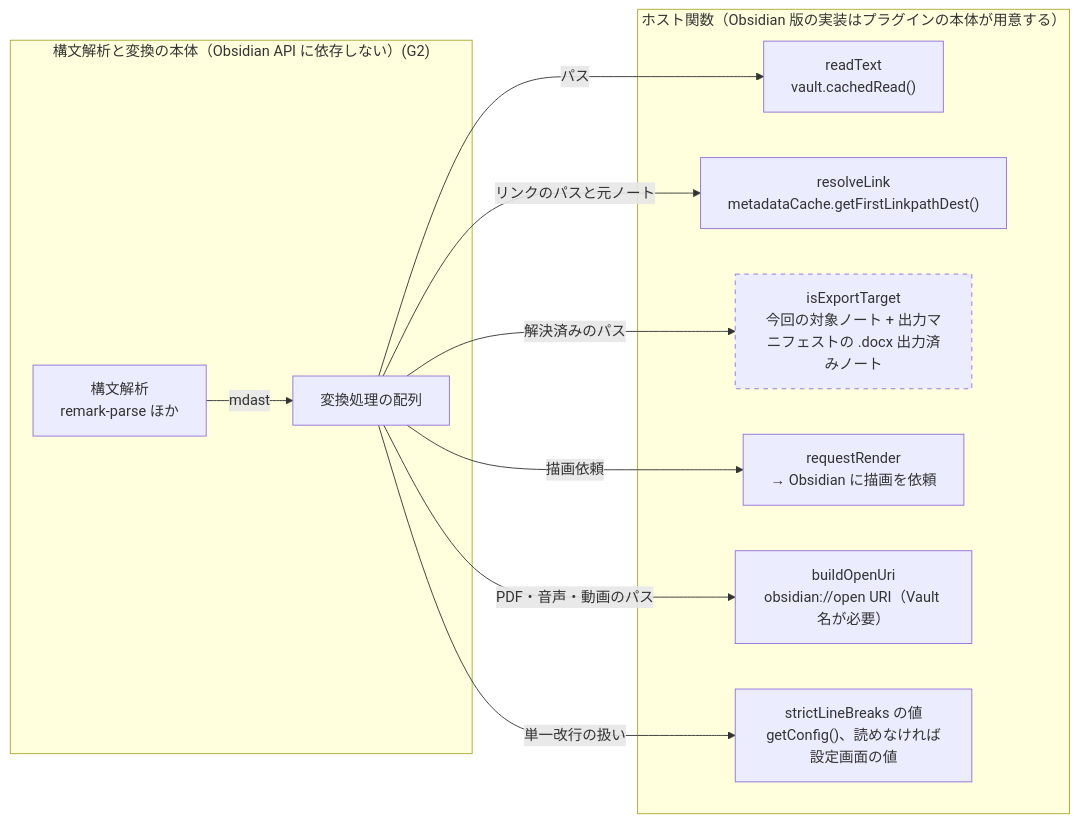
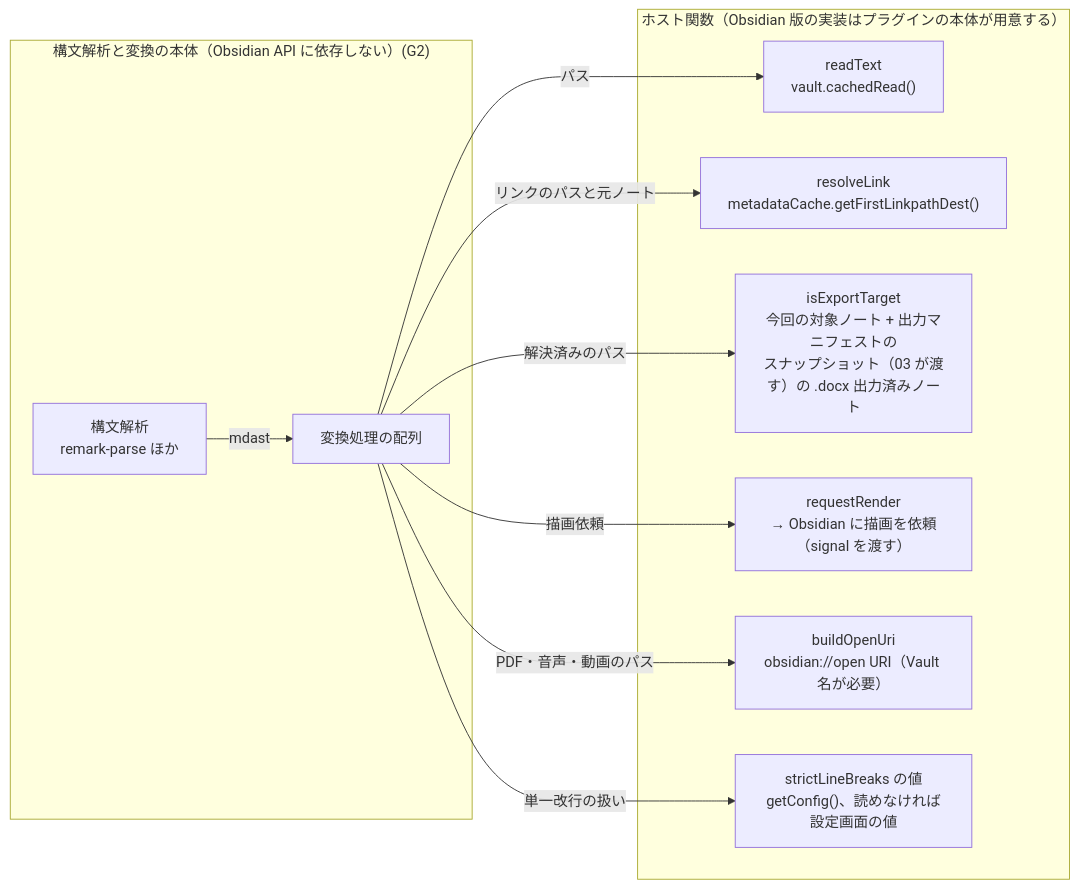
One commit to rakko1133/obsidian-md-to-office changed the fourth of 4 diagrams in docs/flows/04-parse-transform.md. Above: the diagram before and after it, drawn with Mermaid. The commit also changed other lines of this file and 9 other files, not shown here.

First line of the commit message:
docs: 10 本のフロー図を境界の決定に合わせて修正 (R3, R8)

````diff
--- a/docs/flows/04-parse-transform.md
+++ b/docs/flows/04-parse-transform.md
@@ -165,25 +170,22 @@
 ```mermaid
 flowchart LR
   subgraph Core["構文解析と変換の本体（Obsidian API に依存しない）(G2)"]
     P["構文解析<br/>remark-parse ほか"]
     T["変換処理の配列"]
   end
   subgraph Host["ホスト関数（Obsidian 版の実装はプラグインの本体が用意する）"]
     H1["readText<br/>vault.cachedRead()"]
     H2["resolveLink<br/>metadataCache.getFirstLinkpathDest()"]
-    H3["isExportTarget<br/>今回の対象ノート + 出力マニフェストの .docx 出力済みノート"]
-    H4["requestRender<br/>→ Obsidian に描画を依頼"]
+    H3["isExportTarget<br/>今回の対象ノート + 出力マニフェストの<br/>スナップショット（03 が渡す）の .docx 出力済みノート"]
+    H4["requestRender<br/>→ Obsidian に描画を依頼（signal を渡す）"]
     H5["buildOpenUri<br/>obsidian://open URI（Vault 名が必要）"]
     H6["strictLineBreaks の値<br/>getConfig()、読めなければ設定画面の値"]
   end
   P -->|"mdast"| T
   T -->|"パス"| H1
   T -->|"リンクのパスと元ノート"| H2
   T -->|"解決済みのパス"| H3
   T -->|"描画依頼"| H4
   T -->|"PDF・音声・動画のパス"| H5
   T -->|"単一改行の扱い"| H6
-
-  classDef undecided stroke-dasharray: 5 5
-  class H3 undecided
 ```
````
